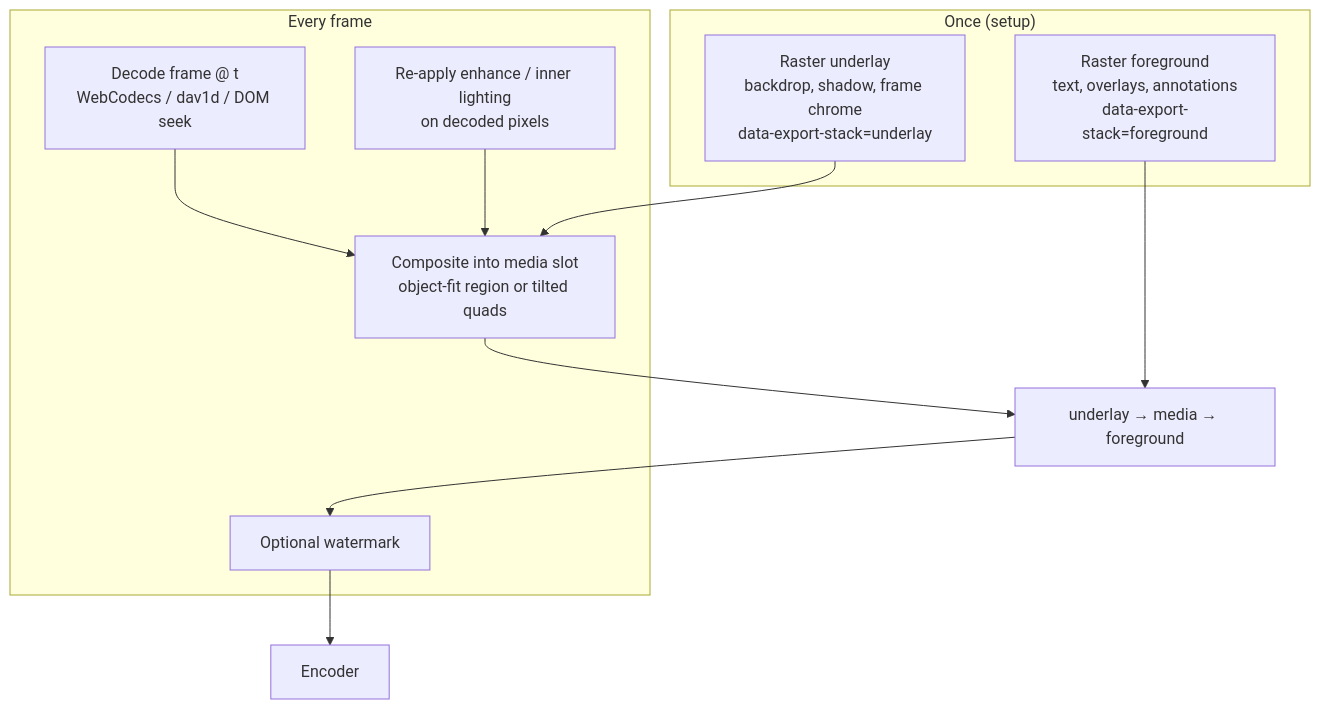
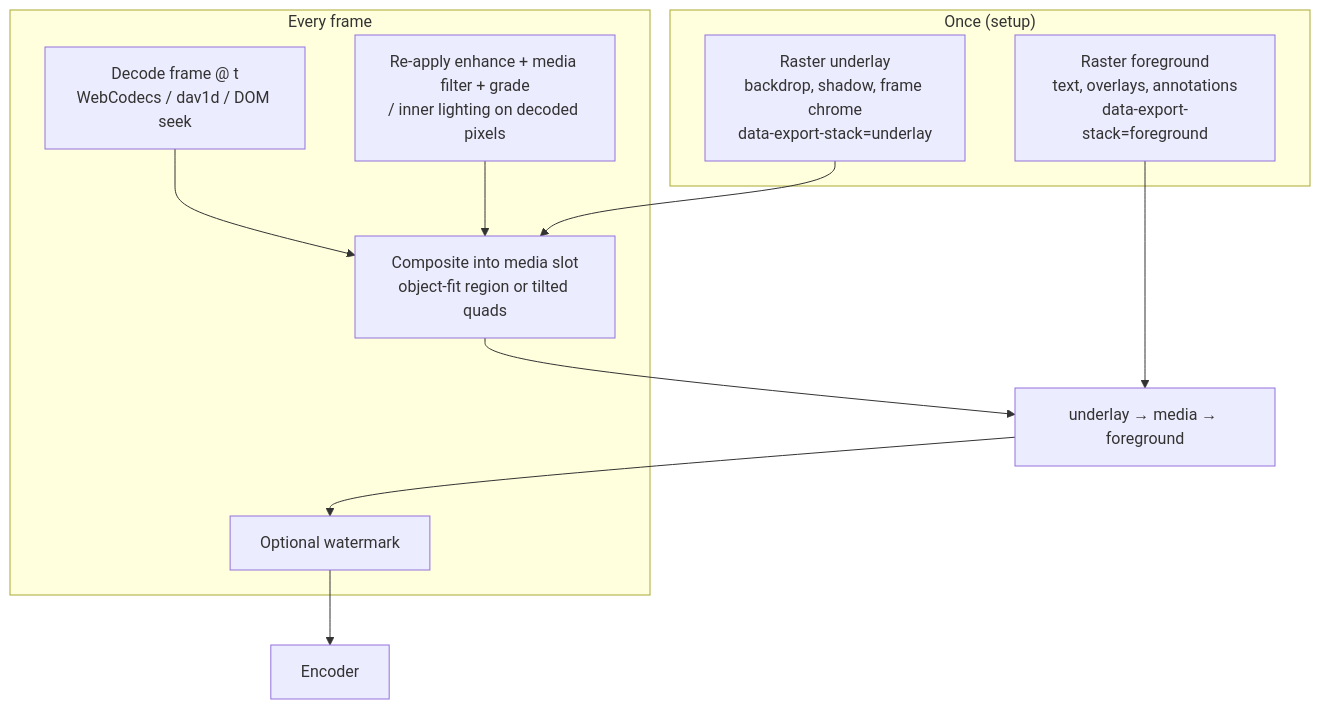
One commit to ShivaBhattacharjee/Tokokino changed the second of 5 diagrams in wiki/core/video-export.md. Above: the diagram before and after it, drawn with Mermaid. The commit also changed other lines of this file and 32 other files, not shown here.

````diff
--- a/wiki/core/video-export.md
+++ b/wiki/core/video-export.md
@@ -95,22 +95,22 @@
 ```mermaid
 flowchart TB
   subgraph Once["Once (setup)"]
     U["Raster underlay<br/>backdrop, shadow, frame chrome<br/>data-export-stack=underlay"]
     F["Raster foreground<br/>text, overlays, annotations<br/>data-export-stack=foreground"]
   end
 
   subgraph EveryFrame["Every frame"]
     D["Decode frame @ t<br/>WebCodecs / dav1d / DOM seek"]
     C["Composite into media slot<br/>object-fit region or tilted quads"]
-    FX["Re-apply enhance / inner lighting<br/>on decoded pixels"]
+    FX["Re-apply enhance + media filter + grade<br/>/ inner lighting on decoded pixels"]
     W["Optional watermark"]
   end
 
   U --> C
   D --> C
   FX --> C
   C --> STACK["underlay → media → foreground"]
   F --> STACK
   STACK --> W
   W --> ENC["Encoder"]
 ```
````
